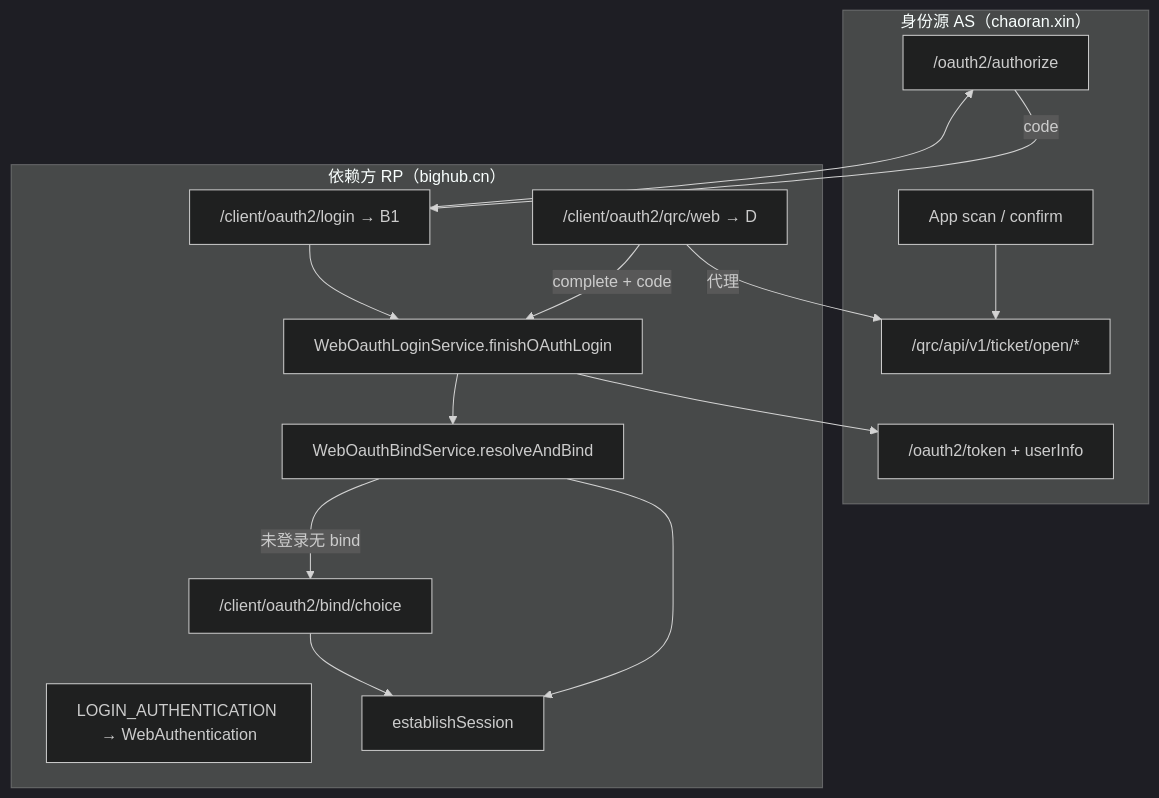
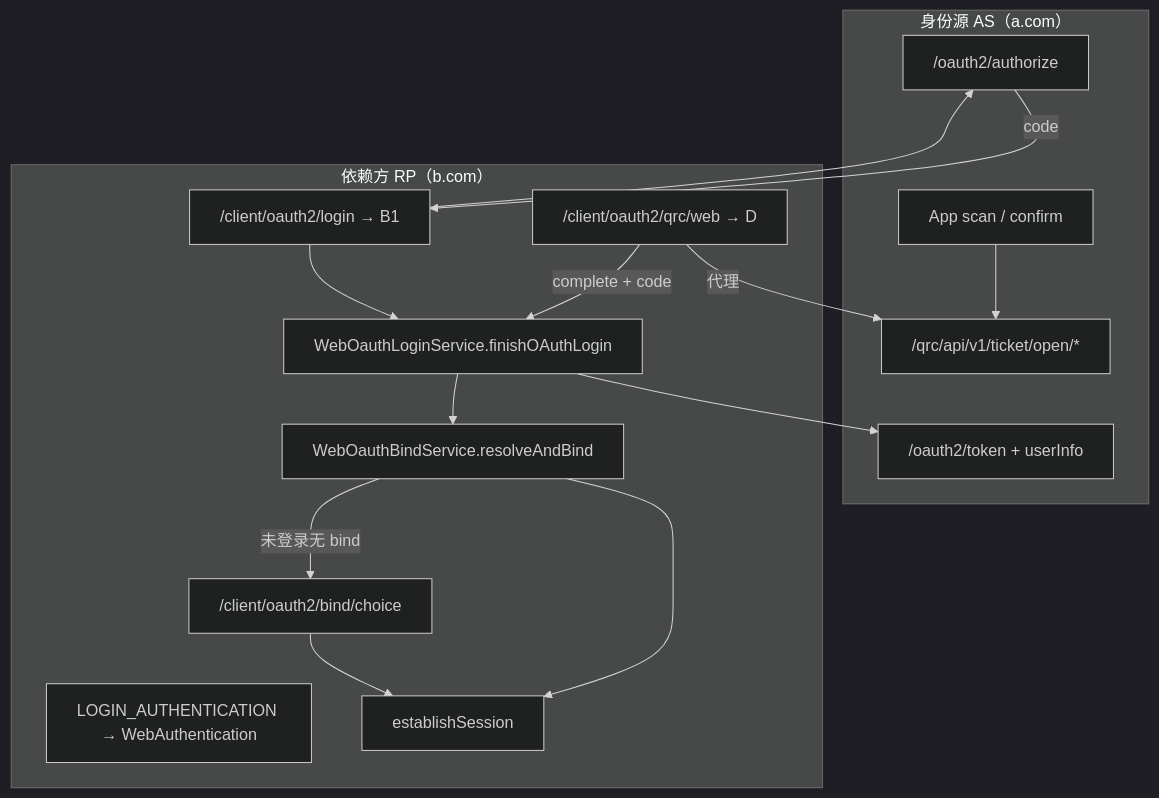
One commit to henryxm/autumn changed the diagram in docs/AI_AUTH_SITE_ROLES.md. Above: the diagram before and after it, drawn with Mermaid (dark theme). The commit also changed other lines of this file and 68 other files, not shown here.

````diff
--- a/docs/AI_AUTH_SITE_ROLES.md
+++ b/docs/AI_AUTH_SITE_ROLES.md
@@ -83,31 +87,31 @@
 ```mermaid
 flowchart TB
-  subgraph AS["身份源 AS（chaoran.xin）"]
+  subgraph AS["身份源 AS（a.com）"]
     A1["/oauth2/authorize"]
     A2["/oauth2/token + userInfo"]
     A3["/qrc/api/v1/ticket/open/*"]
     A4["App scan / confirm"]
   end
 
-  subgraph RP["依赖方 RP（bighub.cn）"]
+  subgraph RP["依赖方 RP（b.com）"]
     R1["LOGIN_AUTHENTICATION → WebAuthentication"]
     R2["/client/oauth2/login → B1"]
     R3["/client/oauth2/qrc/web → D"]
     R4["WebOauthLoginService.finishOAuthLogin"]
     R5["WebOauthBindService.resolveAndBind"]
     R6["establishSession"]
     R7["/client/oauth2/bind/choice"]
   end
 
   R2 --> A1
   A1 -->|code| R2
   R3 -->|代理| A3
   A4 --> A3
   R3 -->|complete + code| R4
   R2 --> R4
   R4 --> R5
   R5 -->|未登录无 bind| R7
   R5 --> R6
   R7 --> R6
   R4 --> A2
 ```
````
